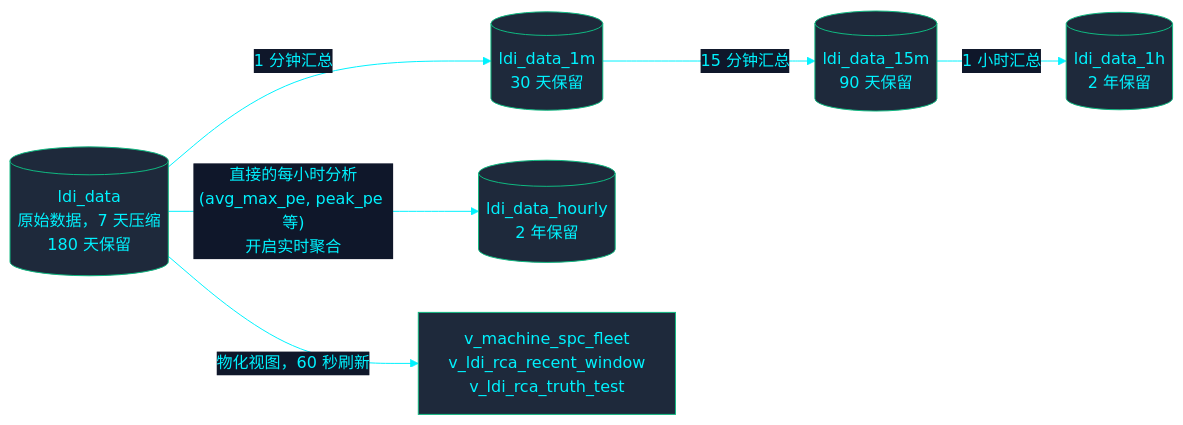
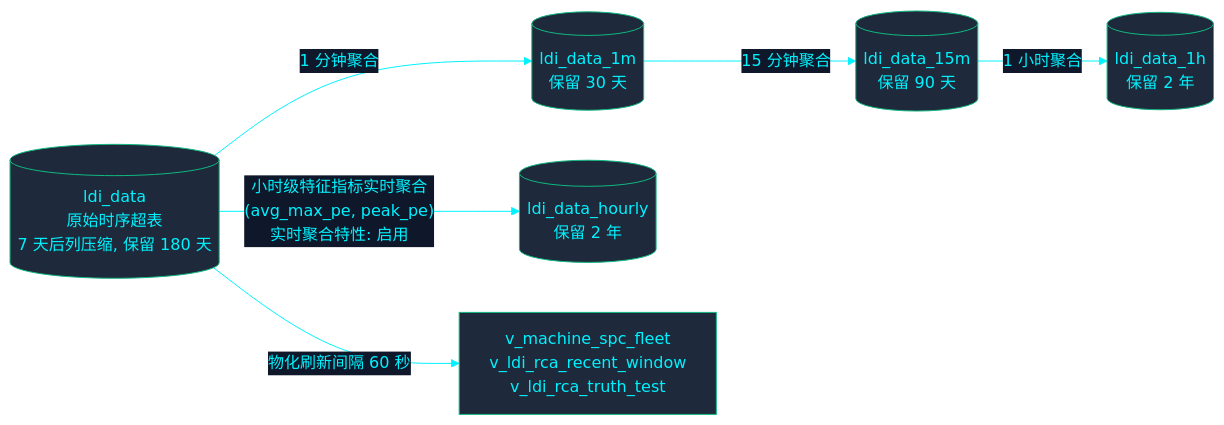
The second of 3 diagrams in zh-CN/docs/architecture/DATA_FLOW.md (PATTANAKORN025/IMS), drawn with Mermaid before and after one commit. The commit also changed other lines of this file and 29 other files, not shown here.

Commit message:
docs: elevate ADRs, data flow, DR playbooks, mock data, and update flag to Taiwan flag across en/th/zh-CN

````diff
--- a/zh-CN/docs/architecture/DATA_FLOW.md
+++ b/zh-CN/docs/architecture/DATA_FLOW.md
@@ -57,13 +171,23 @@
 ```mermaid
 %%{init: {'theme': 'base', 'themeVariables': { 'primaryColor': '#1e293b', 'primaryTextColor': '#00F2FE', 'primaryBorderColor': '#10B981', 'lineColor': '#00F2FE', 'secondaryColor': '#0f172a', 'tertiaryColor': '#0f172a', 'clusterBkg': '#030407', 'clusterBorder': '#00F2FE'}}}%%
 flowchart LR
- RAW[("ldi_data\n原始数据，7 天压缩\n180 天保留")]
+  RAW[("ldi_data
+原始时序超表
+7 天后列压缩, 保留 180 天")]
 
- RAW -->|"1 分钟汇总"| M1[("ldi_data_1m\n30 天保留")]
- M1 -->|"15 分钟汇总"| M15[("ldi_data_15m\n90 天保留")]
- M15 -->|"1 小时汇总"| M1H[("ldi_data_1h\n2 年保留")]
+  RAW -->|"1 分钟聚合"| M1[("ldi_data_1m
+保留 30 天")]
+  M1 -->|"15 分钟聚合"| M15[("ldi_data_15m
+保留 90 天")]
+  M15 -->|"1 小时聚合"| M1H[("ldi_data_1h
+保留 2 年")]
 
- RAW -->|"直接的每小时分析\n(avg_max_pe, peak_pe 等)\n开启实时聚合"| MHOURLY[("ldi_data_hourly\n2 年保留")]
+  RAW -->|"小时级特征指标实时聚合
+(avg_max_pe, peak_pe)
+实时聚合特性: 启用"| MHOURLY[("ldi_data_hourly
+保留 2 年")]
 
- RAW -->|"物化视图，60 秒刷新"| SPCVIEW["v_machine_spc_fleet\nv_ldi_rca_recent_window\nv_ldi_rca_truth_test"]
+  RAW -->|"物化刷新间隔 60 秒"| SPC["v_machine_spc_fleet
+v_ldi_rca_recent_window
+v_ldi_rca_truth_test"]
 ```
````
